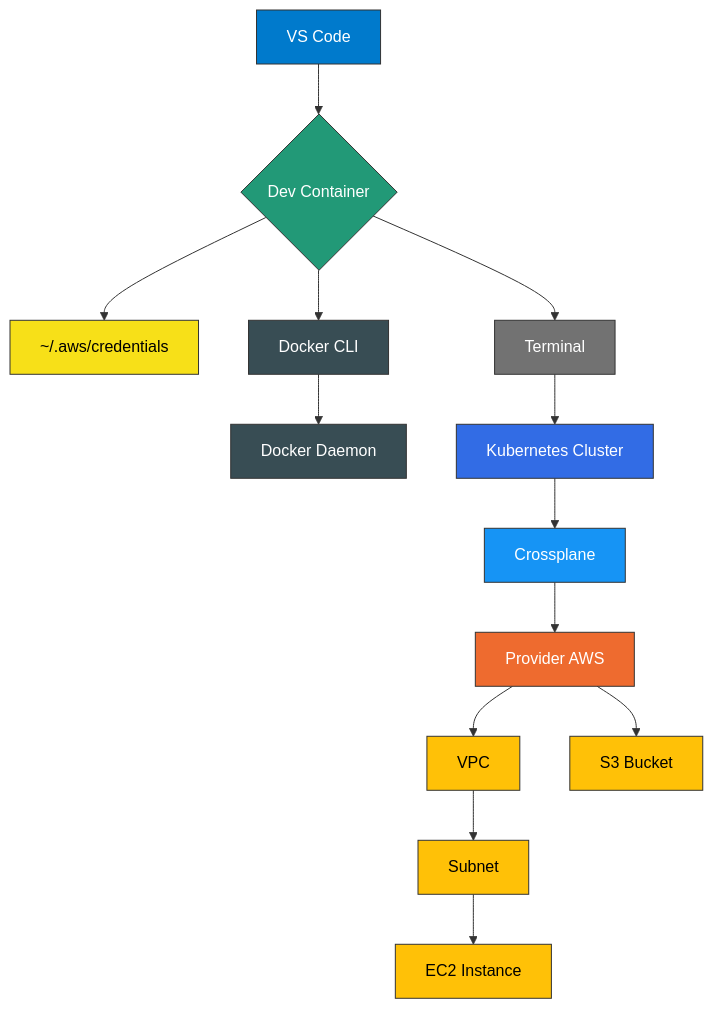
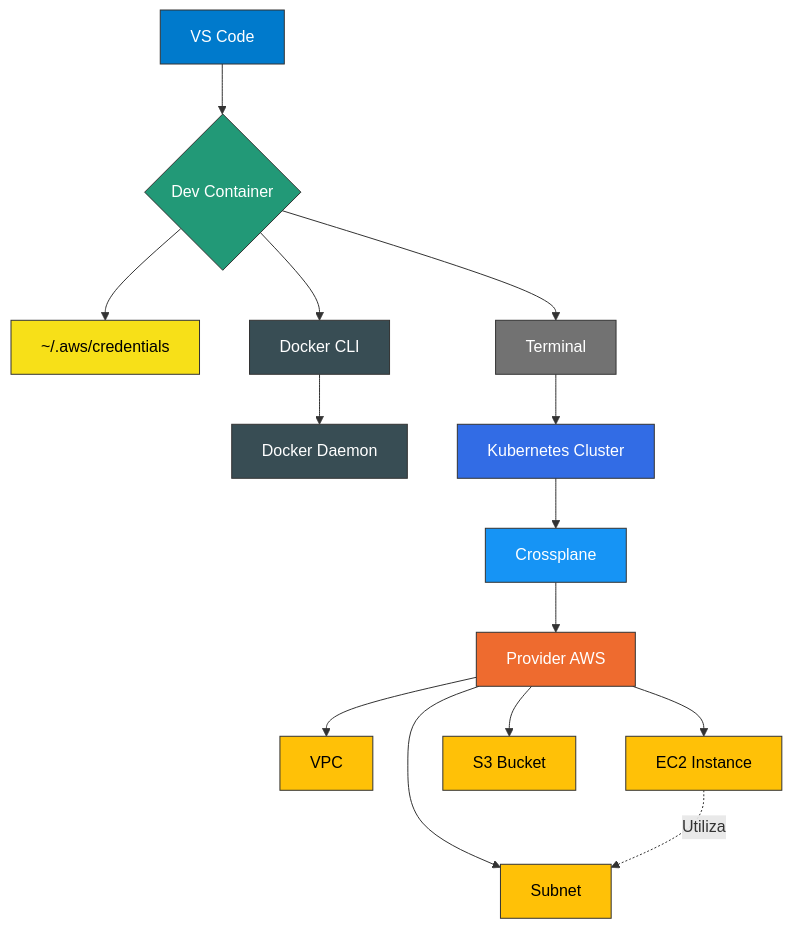
Before and after one commit to Portfolio-jaime/crossplane-lab: the diagram in README.md, drawn with Mermaid.

Commit message:
feat:_ fix README

````diff
--- a/README.md
+++ b/README.md
@@ -15,26 +15,27 @@
 ```mermaid
 flowchart TD
     A[VS Code]:::vscode --> B{Dev Container}:::devcontainer
     B --> D1[~/.aws/credentials]:::cred
     B --> C[Terminal]:::terminal
     B --> D[Docker CLI]:::docker
     D --> H[Docker Daemon]:::docker
     C --> I[Kubernetes Cluster]:::k8s
     I --> J[Crossplane]:::crossplane
     J --> K[Provider AWS]:::aws
     K --> L[VPC]:::awsres
-    L --> M[Subnet]:::awsres
-    M --> N[EC2 Instance]:::awsres
+    K --> M[Subnet]:::awsres
+    K --> N[EC2 Instance]:::awsres
     K --> O[S3 Bucket]:::awsres
+    N -. Utiliza .-> M
 
     %% Colores
     classDef vscode fill:#007acc,stroke:#333,stroke-width:1px,color:#fff
     classDef devcontainer fill:#229977,stroke:#333,stroke-width:1px,color:#fff
     classDef terminal fill:#727272,stroke:#333,stroke-width:1px,color:#fff
     classDef docker fill:#384d54,stroke:#333,stroke-width:1px,color:#fff
     classDef k8s fill:#326ce5,stroke:#333,stroke-width:1px,color:#fff
     classDef crossplane fill:#1694f5,stroke:#333,stroke-width:1px,color:#fff
     classDef aws fill:#ee6b2f,stroke:#333,stroke-width:1px,color:#fff
     classDef awsres fill:#ffc107,stroke:#333,stroke-width:1px,color:#000
     classDef cred fill:#f7e018,stroke:#333,stroke-width:1px,color:#000
 ```
````
